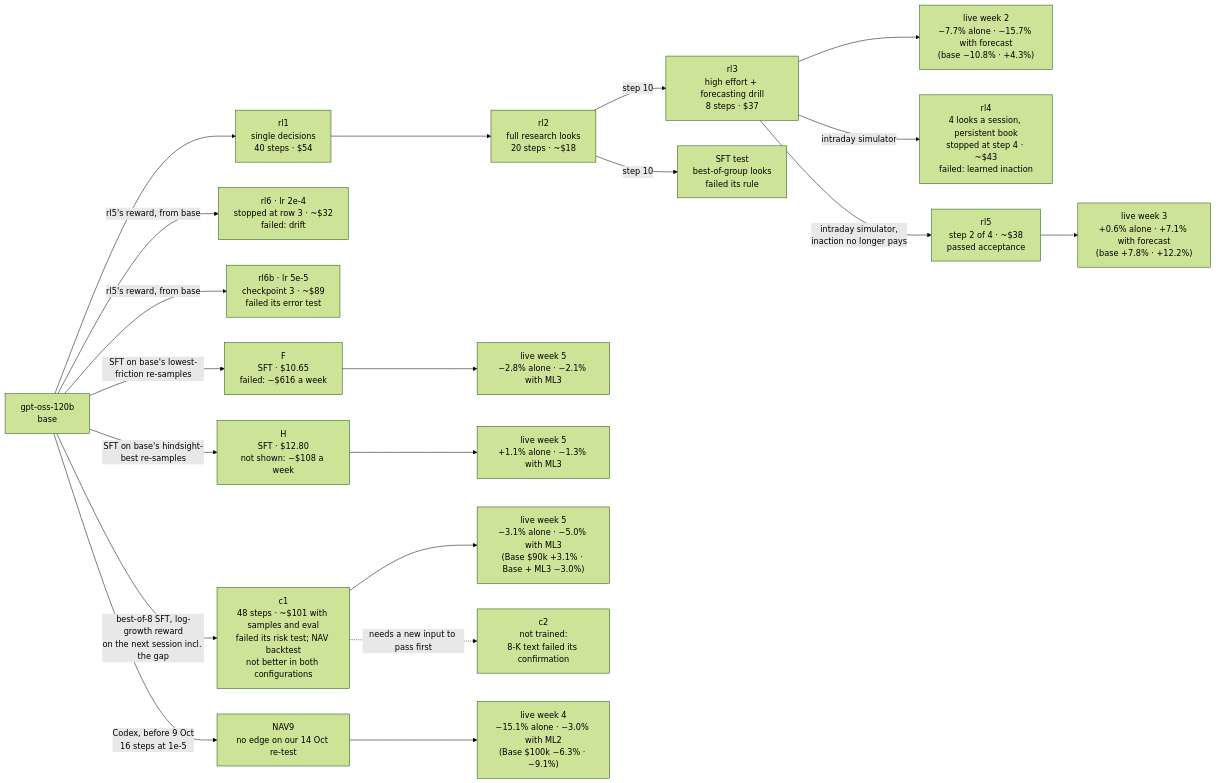
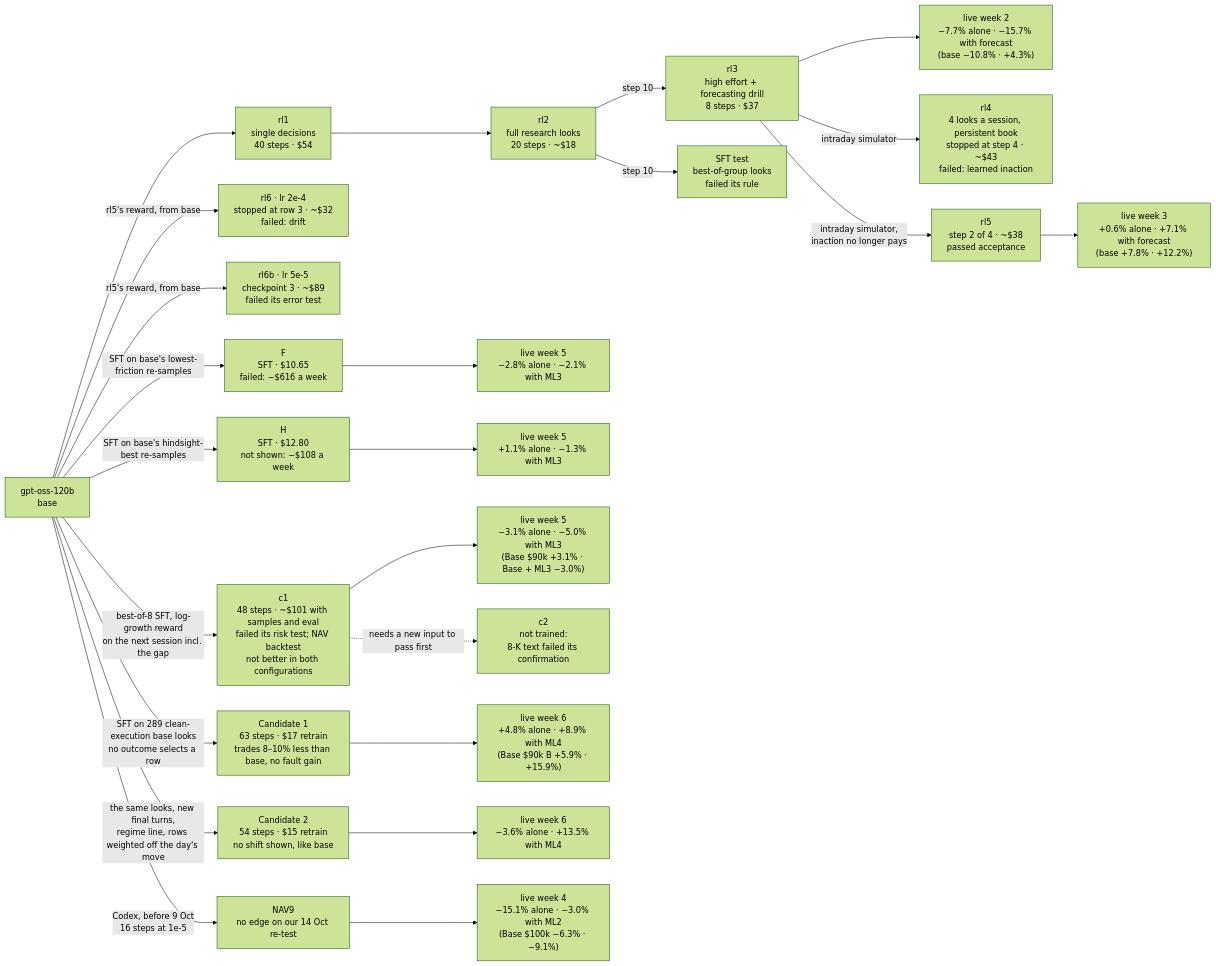
Before and after one commit to quiezent/gpt-oss-120b-native-trading-research: the diagram in README.md, drawn with Mermaid (forest theme). The commit also changed other lines of this file and 54 other files, not shown here.

````diff
--- a/README.md
+++ b/README.md
@@ -38,22 +35,26 @@
 ```mermaid
 flowchart LR
     B["gpt-oss-120b<br/>base"] --> R1["rl1<br/>single decisions<br/>40 steps · $54"]
     R1 --> R2["rl2<br/>full research looks<br/>20 steps · ~$18"]
     R2 -->|step 10| R3["rl3<br/>high effort + forecasting drill<br/>8 steps · $37"]
     R2 -->|step 10| S["SFT test<br/>best-of-group looks<br/>failed its rule"]
     R3 --> L["live week 2<br/>−7.7% alone · −15.7% with forecast<br/>(base −10.8% · +4.3%)"]
     R3 -->|intraday simulator| R4["rl4<br/>4 looks a session, persistent book<br/>stopped at step 4 · ~$43<br/>failed: learned inaction"]
     R3 -->|intraday simulator,<br/>inaction no longer pays| R5["rl5<br/>step 2 of 4 · ~$38<br/>passed acceptance"]
     R5 --> L5["live week 3<br/>+0.6% alone · +7.1% with forecast<br/>(base +7.8% · +12.2%)"]
     B -->|rl5's reward, from base| R6["rl6 · lr 2e-4<br/>stopped at row 3 · ~$32<br/>failed: drift"]
     B -->|rl5's reward, from base| R6B["rl6b · lr 5e-5<br/>checkpoint 3 · ~$89<br/>failed its error test"]
     B -->|SFT on base's lowest-friction re-samples| F["F<br/>SFT · $10.65<br/>failed: −$616 a week"]
     B -->|SFT on base's hindsight-best re-samples| H["H<br/>SFT · $12.80<br/>not shown: −$108 a week"]
     F --> LF["live week 5<br/>−2.8% alone · −2.1% with ML3"]
     H --> LH["live week 5<br/>+1.1% alone · −1.3% with ML3"]
     B -->|best-of-8 SFT, log-growth reward<br/>on the next session incl. the gap| C1["c1<br/>48 steps · ~$101 with samples and eval<br/>failed its risk test; NAV backtest<br/>not better in both configurations"]
     C1 --> LC1["live week 5<br/>−3.1% alone · −5.0% with ML3<br/>(Base $90k +3.1% · Base + ML3 −3.0%)"]
     C1 -.->|needs a new input to pass first| C2["c2<br/>not trained:<br/>8-K text failed its confirmation"]
+    B -->|SFT on 289 clean-execution base looks<br/>no outcome selects a row| K1["Candidate 1<br/>63 steps · $17 retrain<br/>trades 8–10% less than base, no fault gain"]
+    K1 --> LK1["live week 6<br/>+4.8% alone · +8.9% with ML4<br/>(Base $90k B +5.9% · +15.9%)"]
+    B -->|the same looks, new final turns,<br/>regime line, rows weighted off the day's move| K2["Candidate 2<br/>54 steps · $15 retrain<br/>no shift shown, like base"]
+    K2 --> LK2["live week 6<br/>−3.6% alone · +13.5% with ML4"]
     B -->|Codex, before 9 Oct<br/>16 steps at 1e-5| N9["NAV9<br/>no edge on our 14 Oct re-test"]
     N9 --> LN9["live week 4<br/>−15.1% alone · −3.0% with ML2<br/>(Base $100k −6.3% · −9.1%)"]
 ```
````
